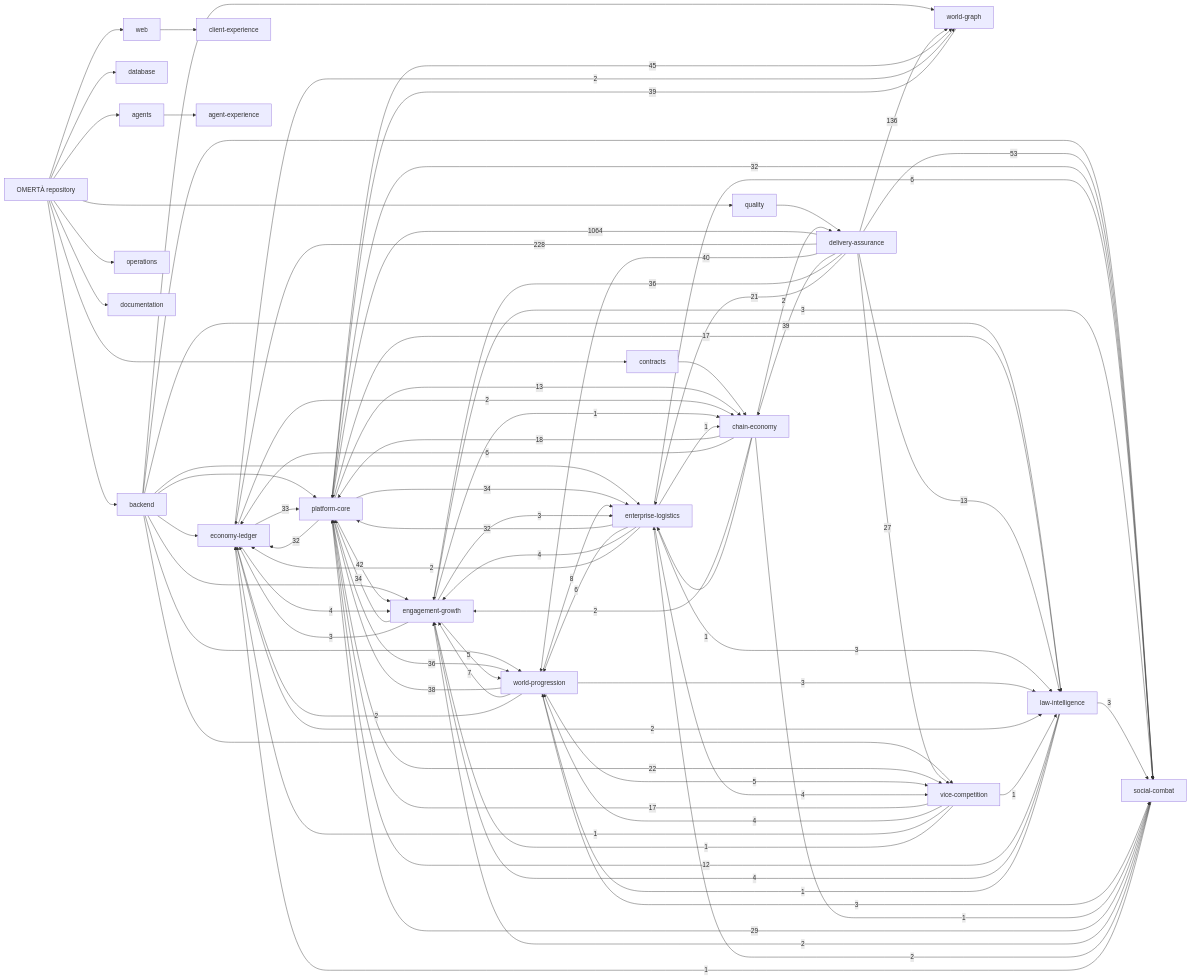
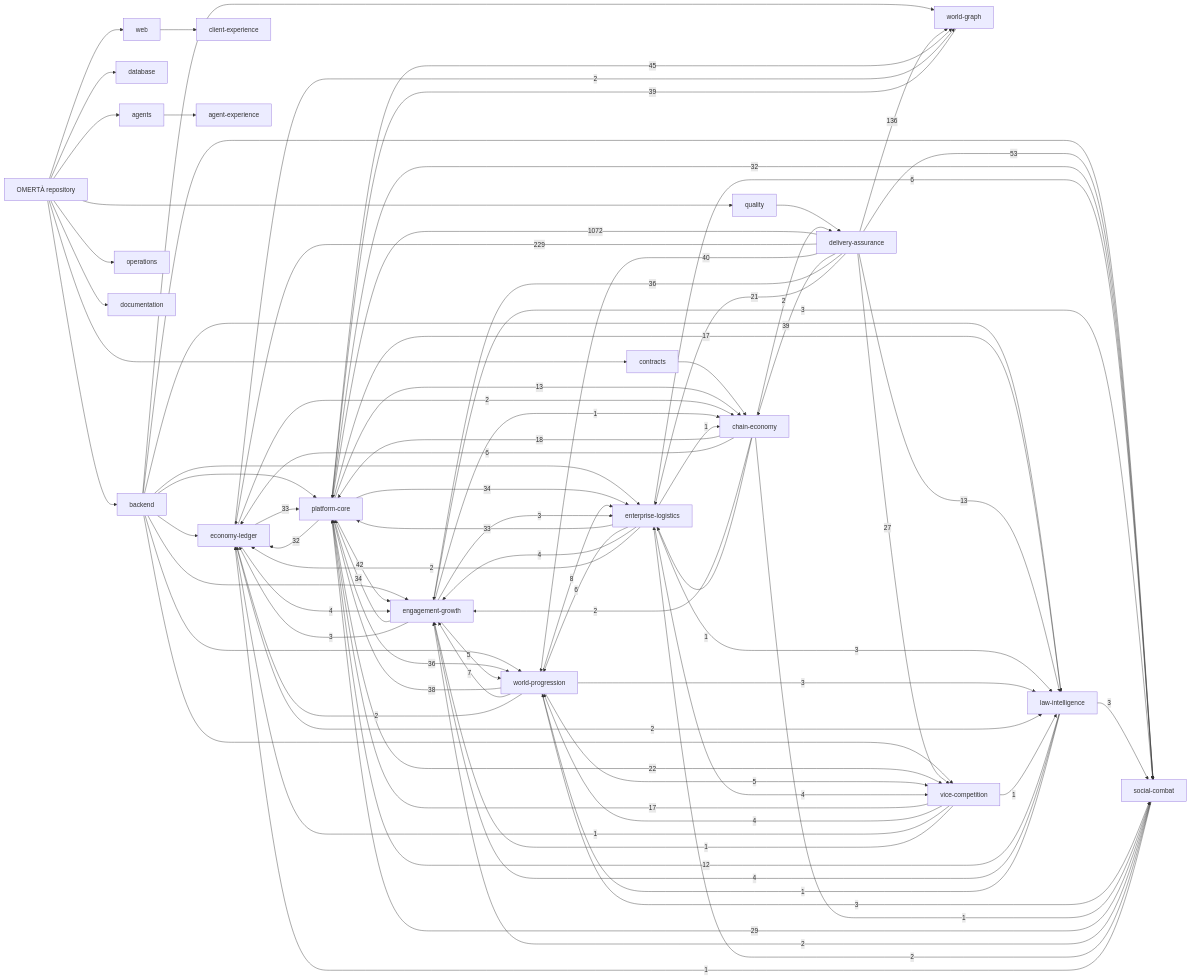
Before and after one commit to OmertaDev/Omerta: the diagram in knowledge/generated/graph.mmd, drawn with Mermaid. The commit also changed 8 other files, not shown here.

```diff
--- a/knowledge/generated/graph.mmd
+++ b/knowledge/generated/graph.mmd
@@ -1,109 +1,109 @@
 flowchart LR
   repo["OMERTÀ repository"]
   sub_backend["backend"]
   repo --> sub_backend
   sub_database["database"]
   repo --> sub_database
   sub_web["web"]
   repo --> sub_web
   sub_contracts["contracts"]
   repo --> sub_contracts
   sub_agents["agents"]
   repo --> sub_agents
   sub_quality["quality"]
   repo --> sub_quality
   sub_operations["operations"]
   repo --> sub_operations
   sub_documentation["documentation"]
   repo --> sub_documentation
   dom_platform-core["platform-core"]
   dom_economy-ledger["economy-ledger"]
   dom_social-combat["social-combat"]
   dom_world-progression["world-progression"]
   dom_world-graph["world-graph"]
   dom_enterprise-logistics["enterprise-logistics"]
   dom_vice-competition["vice-competition"]
   dom_law-intelligence["law-intelligence"]
   dom_chain-economy["chain-economy"]
   dom_engagement-growth["engagement-growth"]
   dom_client-experience["client-experience"]
   dom_agent-experience["agent-experience"]
   dom_delivery-assurance["delivery-assurance"]
   sub_agents --> dom_agent-experience
   sub_backend --> dom_economy-ledger
   sub_backend --> dom_engagement-growth
   sub_backend --> dom_enterprise-logistics
   sub_backend --> dom_law-intelligence
   sub_backend --> dom_platform-core
   sub_backend --> dom_social-combat
   sub_backend --> dom_vice-competition
   sub_backend --> dom_world-graph
   sub_backend --> dom_world-progression
   sub_contracts --> dom_chain-economy
   sub_quality --> dom_delivery-assurance
   sub_web --> dom_client-experience
-  dom_delivery-assurance -->|1064| dom_platform-core
-  dom_delivery-assurance -->|228| dom_economy-ledger
+  dom_delivery-assurance -->|1072| dom_platform-core
+  dom_delivery-assurance -->|229| dom_economy-ledger
   dom_delivery-assurance -->|136| dom_world-graph
   dom_delivery-assurance -->|53| dom_social-combat
   dom_platform-core -->|45| dom_world-graph
   dom_platform-core -->|42| dom_engagement-growth
   dom_delivery-assurance -->|40| dom_world-progression
   dom_delivery-assurance -->|39| dom_chain-economy
   dom_world-graph -->|39| dom_platform-core
   dom_world-progression -->|38| dom_platform-core
   dom_delivery-assurance -->|36| dom_engagement-growth
   dom_platform-core -->|36| dom_world-progression
   dom_engagement-growth -->|34| dom_platform-core
   dom_platform-core -->|34| dom_enterprise-logistics
   dom_economy-ledger -->|33| dom_platform-core
-  dom_enterprise-logistics -->|32| dom_platform-core
+  dom_enterprise-logistics -->|33| dom_platform-core
   dom_platform-core -->|32| dom_economy-ledger
   dom_platform-core -->|32| dom_social-combat
   dom_social-combat -->|29| dom_platform-core
   dom_delivery-assurance -->|27| dom_vice-competition
   dom_platform-core -->|22| dom_vice-competition
   dom_delivery-assurance -->|21| dom_enterprise-logistics
   dom_chain-economy -->|18| dom_platform-core
   dom_platform-core -->|17| dom_law-intelligence
   dom_vice-competition -->|17| dom_platform-core
   dom_delivery-assurance -->|13| dom_law-intelligence
   dom_platform-core -->|13| dom_chain-economy
   dom_law-intelligence -->|12| dom_platform-core
   dom_world-progression -->|8| dom_enterprise-logistics
   dom_world-progression -->|7| dom_engagement-growth
   dom_chain-economy -->|6| dom_economy-ledger
   dom_enterprise-logistics -->|6| dom_social-combat
   dom_enterprise-logistics -->|6| dom_world-progression
   dom_engagement-growth -->|5| dom_world-progression
   dom_world-progression -->|5| dom_vice-competition
   dom_economy-ledger -->|4| dom_engagement-growth
   dom_enterprise-logistics -->|4| dom_engagement-growth
   dom_enterprise-logistics -->|4| dom_vice-competition
   dom_law-intelligence -->|4| dom_engagement-growth
   dom_vice-competition -->|4| dom_world-progression
   dom_engagement-growth -->|3| dom_economy-ledger
   dom_engagement-growth -->|3| dom_enterprise-logistics
   dom_engagement-growth -->|3| dom_social-combat
   dom_enterprise-logistics -->|3| dom_law-intelligence
   dom_law-intelligence -->|3| dom_social-combat
   dom_world-progression -->|3| dom_law-intelligence
   dom_world-progression -->|3| dom_social-combat
   dom_chain-economy -->|2| dom_delivery-assurance
   dom_chain-economy -->|2| dom_engagement-growth
   dom_economy-ledger -->|2| dom_chain-economy
   dom_economy-ledger -->|2| dom_law-intelligence
   dom_economy-ledger -->|2| dom_world-graph
   dom_enterprise-logistics -->|2| dom_economy-ledger
   dom_social-combat -->|2| dom_engagement-growth
   dom_social-combat -->|2| dom_enterprise-logistics
   dom_world-progression -->|2| dom_economy-ledger
   dom_chain-economy -->|1| dom_enterprise-logistics
   dom_chain-economy -->|1| dom_social-combat
   dom_engagement-growth -->|1| dom_chain-economy
   dom_enterprise-logistics -->|1| dom_chain-economy
   dom_law-intelligence -->|1| dom_world-progression
   dom_social-combat -->|1| dom_economy-ledger
   dom_vice-competition -->|1| dom_economy-ledger
   dom_vice-competition -->|1| dom_engagement-growth
   dom_vice-competition -->|1| dom_law-intelligence
```
